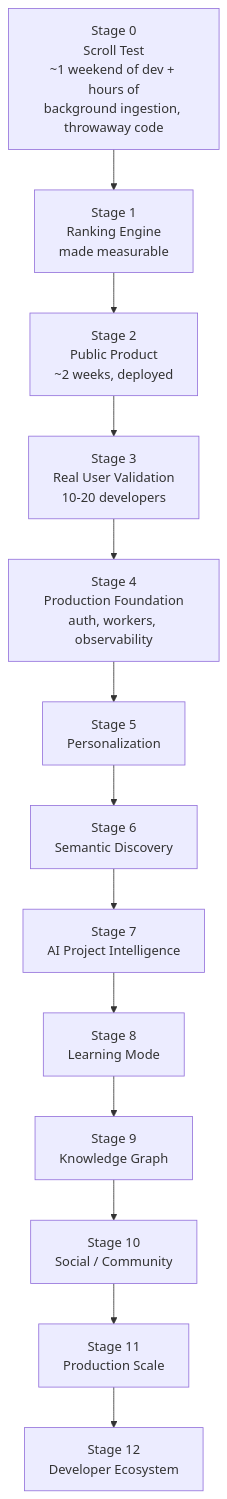
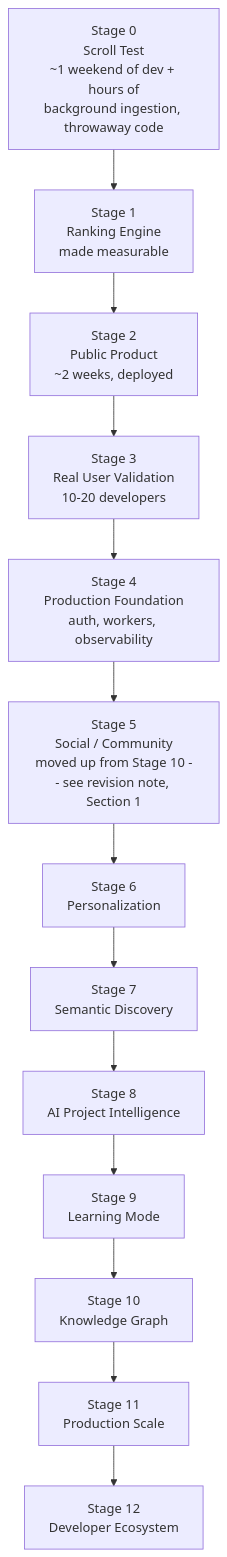
One commit to Nishant167/devfeed changed the first of 8 diagrams in DEVFEED.md. Above: the diagram before and after it, drawn with Mermaid. The commit also changed other lines of this file, not shown here.

````diff
--- a/DEVFEED.md
+++ b/DEVFEED.md
@@ -186,15 +191,15 @@
 ```mermaid
 flowchart TD
     S0["Stage 0<br/>Scroll Test<br/>~1 weekend of dev + hours of<br/>background ingestion, throwaway code"] --> S1["Stage 1<br/>Ranking Engine<br/>made measurable"]
     S1 --> S2["Stage 2<br/>Public Product<br/>~2 weeks, deployed"]
     S2 --> S3["Stage 3<br/>Real User Validation<br/>10-20 developers"]
     S3 --> S4["Stage 4<br/>Production Foundation<br/>auth, workers, observability"]
-    S4 --> S5["Stage 5<br/>Personalization"]
-    S5 --> S6["Stage 6<br/>Semantic Discovery"]
-    S6 --> S7["Stage 7<br/>AI Project Intelligence"]
-    S7 --> S8["Stage 8<br/>Learning Mode"]
-    S8 --> S9["Stage 9<br/>Knowledge Graph"]
-    S9 --> S10["Stage 10<br/>Social / Community"]
+    S4 --> S5["Stage 5<br/>Social / Community<br/>moved up from Stage 10 -- see revision note, Section 1"]
+    S5 --> S6["Stage 6<br/>Personalization"]
+    S6 --> S7["Stage 7<br/>Semantic Discovery"]
+    S7 --> S8["Stage 8<br/>AI Project Intelligence"]
+    S8 --> S9["Stage 9<br/>Learning Mode"]
+    S9 --> S10["Stage 10<br/>Knowledge Graph"]
     S10 --> S11["Stage 11<br/>Production Scale"]
     S11 --> S12["Stage 12<br/>Developer Ecosystem"]
 ```
````
